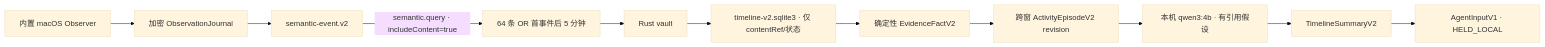
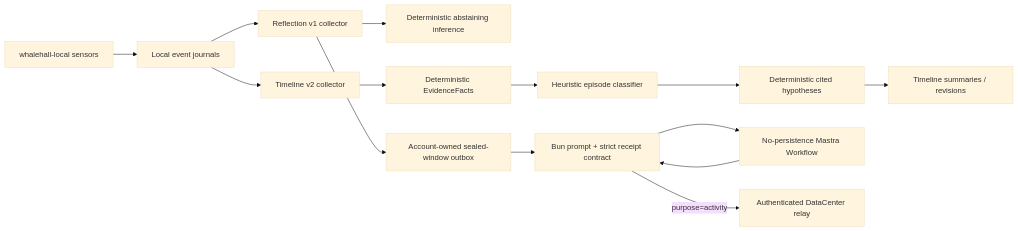
One commit to Sea-Go/Sea-WhaleHall changed the diagram in docs/REFLECTION_SYSTEM.md. Above: the diagram before and after it, drawn with Mermaid (base theme). The commit also changed other lines of this file and 46 other files, not shown here.

Commit message:
feat(agent): remove desktop local model dependencies

````diff
--- a/docs/REFLECTION_SYSTEM.md
+++ b/docs/REFLECTION_SYSTEM.md
@@ -10,13 +9,16 @@
 ```mermaid
 flowchart LR
-  Observer["内置 macOS Observer"] --> Observation["加密 ObservationJournal"]
-  Observation --> Semantic["semantic-event.v2"]
-  Semantic -->|"semantic.query · includeContent=true"| Collector["64 条 OR 首事件后 5 分钟"]
-  Collector --> Vault["Rust vault"]
-  Vault --> TimelineDb["timeline-v2.sqlite3 · 仅 contentRef/状态"]
-  TimelineDb --> Facts["确定性 EvidenceFactV2"]
-  Facts --> Episodes["跨窗 ActivityEpisodeV2 revision"]
-  Episodes --> Qwen["本机 qwen3:4b · 有引用假设"]
-  Qwen --> Summary["TimelineSummaryV2"]
-  Summary --> Outbox["AgentInputV1 · HELD_LOCAL"]
+  Native["whalehall-local sensors"] --> Journal["Local event journals"]
+  Journal --> Reflection["Reflection v1 collector"]
+  Journal --> Timeline["Timeline v2 collector"]
+  Reflection --> DeterministicReflection["Deterministic abstaining inference"]
+  Timeline --> Facts["Deterministic EvidenceFacts"]
+  Facts --> Episodes["Heuristic episode classifier"]
+  Episodes --> Hypotheses["Deterministic cited hypotheses"]
+  Hypotheses --> Summary["Timeline summaries / revisions"]
+  Reflection --> Outbox["Account-owned sealed-window outbox"]
+  Outbox --> Bun["Bun prompt + strict receipt contract"]
+  Bun --> Sidecar["No-persistence Mastra Workflow"]
+  Sidecar --> Bun
+  Bun -->|"purpose=activity"| DataCenter["Authenticated DataCenter relay"]
 ```
````
